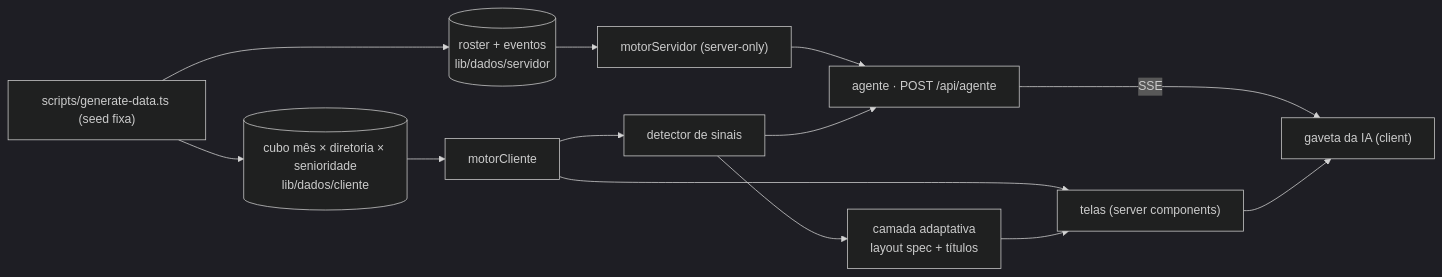
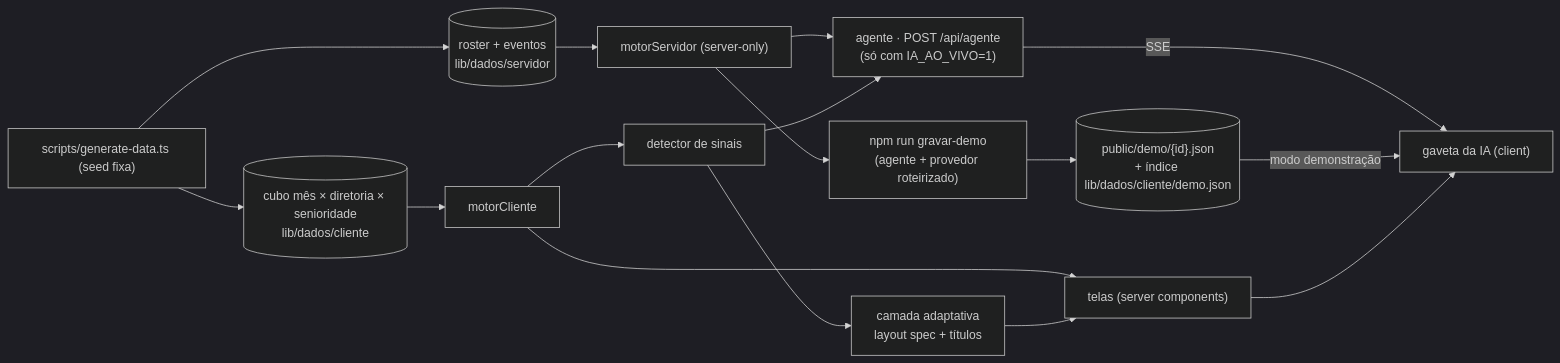
One commit to luccapinto/dash-conversacional changed the diagram in docs/architecture.md. Above: the diagram before and after it, drawn with Mermaid (dark theme). The commit also changed other lines of this file and 4 other files, not shown here.

First line of the commit message:
docs: modo demonstração e IA ao vivo no README, na arquitetura e no .env.example

````diff
--- a/docs/architecture.md
+++ b/docs/architecture.md
@@ -5,15 +5,18 @@
 ```mermaid
 flowchart LR
   gen["scripts/generate-data.ts (seed fixa)"] --> roster[("roster + eventos<br/>lib/dados/servidor")]
   gen --> cubo[("cubo mês × diretoria × senioridade<br/>lib/dados/cliente")]
   cubo --> mc["motorCliente"]
   roster --> ms["motorServidor (server-only)"]
   mc --> sinais["detector de sinais"]
   mc --> telas["telas (server components)"]
   sinais --> layout["camada adaptativa<br/>layout spec + títulos"]
   layout --> telas
-  ms --> agente["agente · POST /api/agente"]
+  ms --> agente["agente · POST /api/agente<br/>(só com IA_AO_VIVO=1)"]
   sinais --> agente
   agente -- SSE --> gaveta["gaveta da IA (client)"]
+  ms --> gravar["npm run gravar-demo<br/>(agente + provedor roteirizado)"]
+  gravar --> demo[("public/demo/{id}.json<br/>+ índice lib/dados/cliente/demo.json")]
+  demo -- "modo demonstração" --> gaveta
   telas --> gaveta
 ```
````
